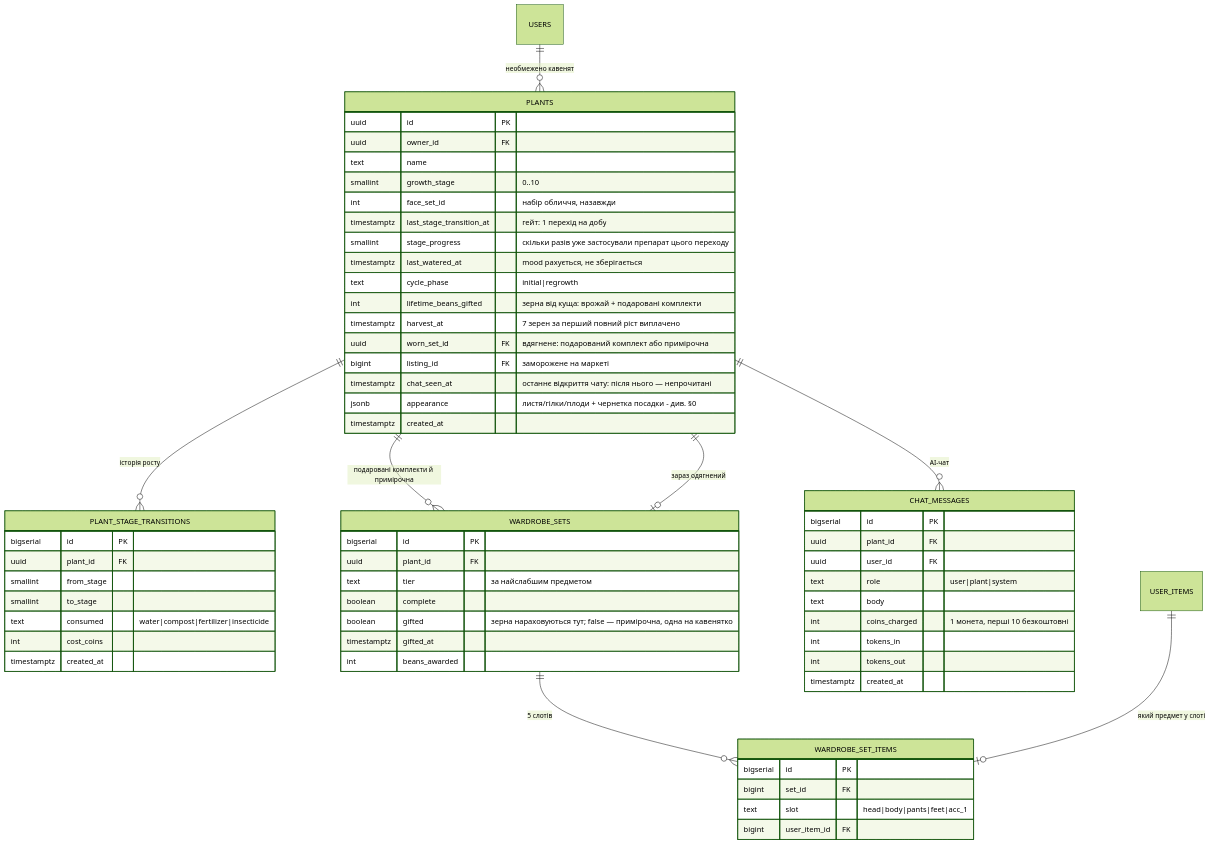
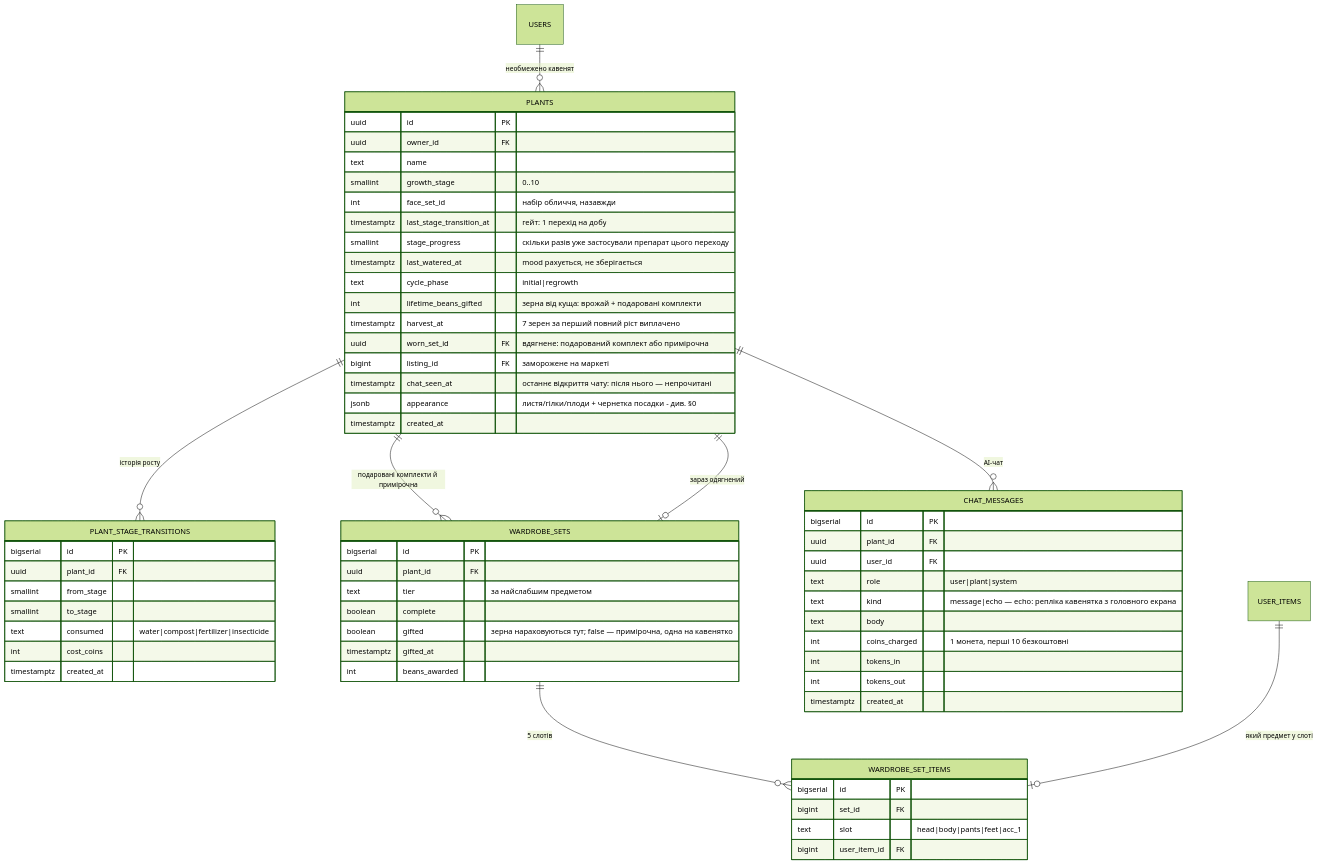
Before and after one commit to arsengoian/extrovert.cafe: the third of 4 diagrams in docs/db-schema.md, drawn with Mermaid (forest theme). The commit also changed other lines of this file and 5 other files, not shown here.

First line of the commit message:
docs: reconcile the architecture docs with the code

````diff
--- a/docs/db-schema.md
+++ b/docs/db-schema.md
@@ -608,64 +630,65 @@
 ```mermaid
 erDiagram
     USERS ||--o{ PLANTS : "необмежено кавенят"
     PLANTS ||--o{ PLANT_STAGE_TRANSITIONS : "історія росту"
     PLANTS ||--o{ WARDROBE_SETS : "подаровані комплекти й примірочна"
     PLANTS ||--o{ CHAT_MESSAGES : "AI-чат"
     WARDROBE_SETS ||--o{ WARDROBE_SET_ITEMS : "5 слотів"
     USER_ITEMS ||--o| WARDROBE_SET_ITEMS : "який предмет у слоті"
     PLANTS ||--o| WARDROBE_SETS : "зараз одягнений"
 
     PLANTS {
         uuid id PK
         uuid owner_id FK
         text name
         smallint growth_stage "0..10"
         int face_set_id "набір обличчя, назавжди"
         timestamptz last_stage_transition_at "гейт: 1 перехід на добу"
         smallint stage_progress "скільки разів уже застосували препарат цього переходу"
         timestamptz last_watered_at "mood рахується, не зберігається"
         text cycle_phase "initial|regrowth"
         int lifetime_beans_gifted "зерна від куща: врожай + подаровані комплекти"
         timestamptz harvest_at "7 зерен за перший повний ріст виплачено"
         uuid worn_set_id FK "вдягнене: подарований комплект або примірочна"
         bigint listing_id FK "заморожене на маркеті"
         timestamptz chat_seen_at "останнє відкриття чату: після нього — непрочитані"
         jsonb appearance "листя/гілки/плоди + чернетка посадки - див. §0"
         timestamptz created_at
     }
     PLANT_STAGE_TRANSITIONS {
         bigserial id PK
         uuid plant_id FK
         smallint from_stage
         smallint to_stage
         text consumed "water|compost|fertilizer|insecticide"
         int cost_coins
         timestamptz created_at
     }
     WARDROBE_SETS {
         bigserial id PK
         uuid plant_id FK
         text tier "за найслабшим предметом"
         boolean complete
         boolean gifted "зерна нараховуються тут; false — примірочна, одна на кавенятко"
         timestamptz gifted_at
         int beans_awarded
     }
     WARDROBE_SET_ITEMS {
         bigserial id PK
         bigint set_id FK
         text slot "head|body|pants|feet|acc_1"
         bigint user_item_id FK
     }
     CHAT_MESSAGES {
         bigserial id PK
         uuid plant_id FK
         uuid user_id FK
         text role "user|plant|system"
+        text kind "message|echo — echo: репліка кавенятка з головного екрана"
         text body
         int coins_charged "1 монета, перші 10 безкоштовні"
         int tokens_in
         int tokens_out
         timestamptz created_at
     }
 ```
````
